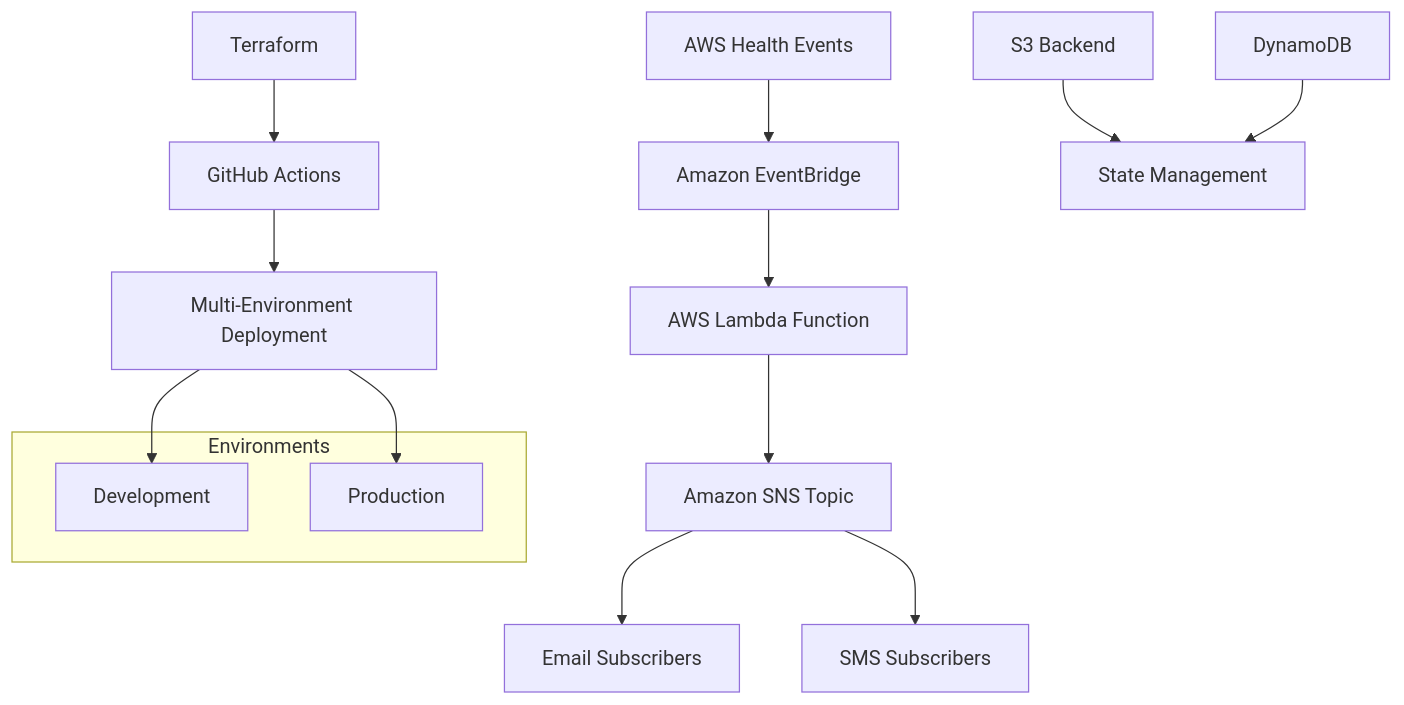
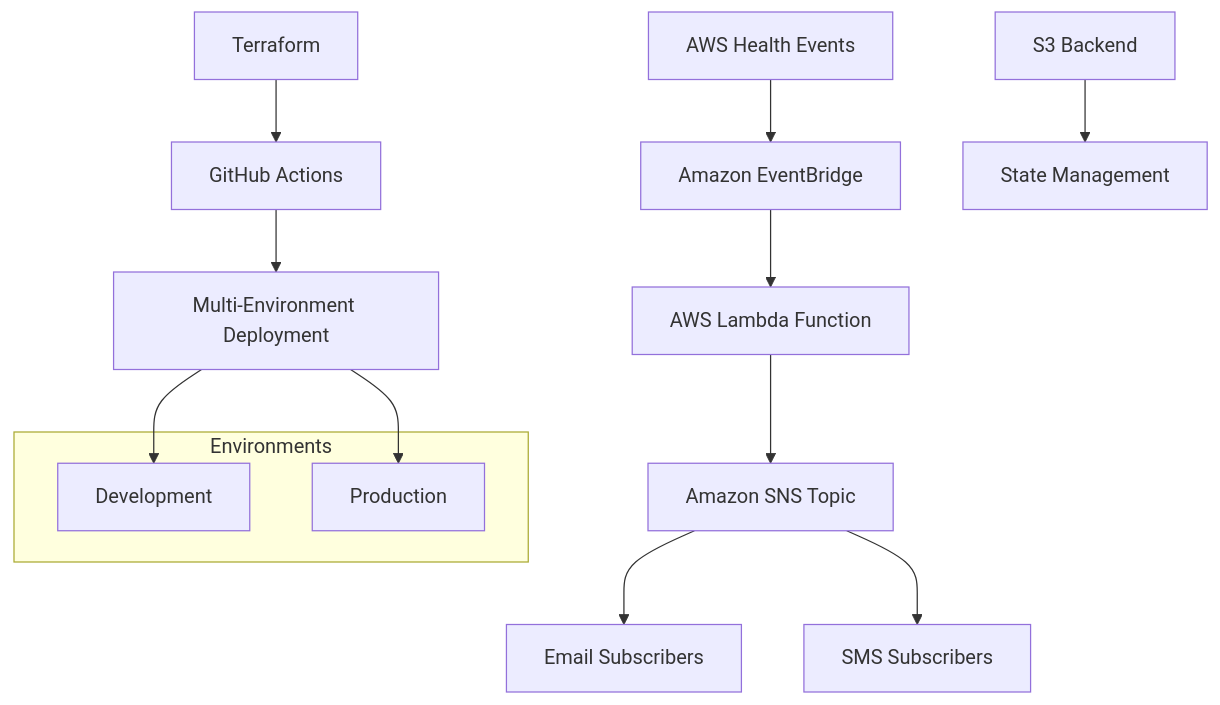
Before and after one commit to jxman/awshealthnotification: the diagram in README.md, drawn with Mermaid. The commit also changed other lines of this file and 15 other files, not shown here.

````diff
--- a/README.md
+++ b/README.md
@@ -58,22 +60,21 @@
 ```mermaid
 graph TB
     A[AWS Health Events] --> B[Amazon EventBridge]
     B --> C[AWS Lambda Function]
     C --> D[Amazon SNS Topic]
     D --> E[Email Subscribers]
     D --> F[SMS Subscribers]
 
     G[Terraform] --> H[GitHub Actions]
     H --> I[Multi-Environment Deployment]
 
     J[S3 Backend] --> K[State Management]
-    L[DynamoDB] --> K
 
     subgraph "Environments"
         M[Development]
         N[Production]
     end
 
     I --> M
     I --> N
 ```
````
